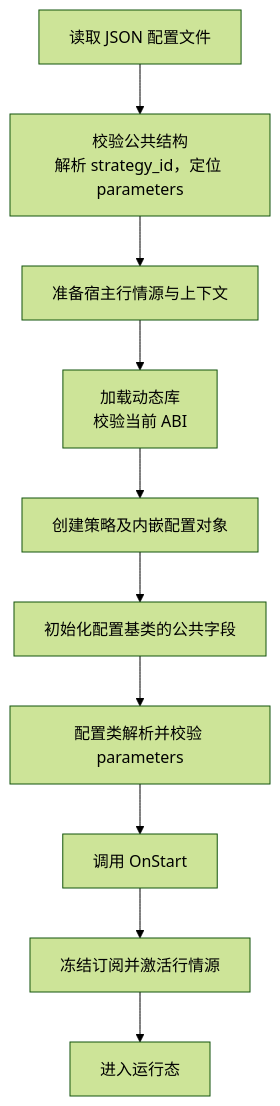
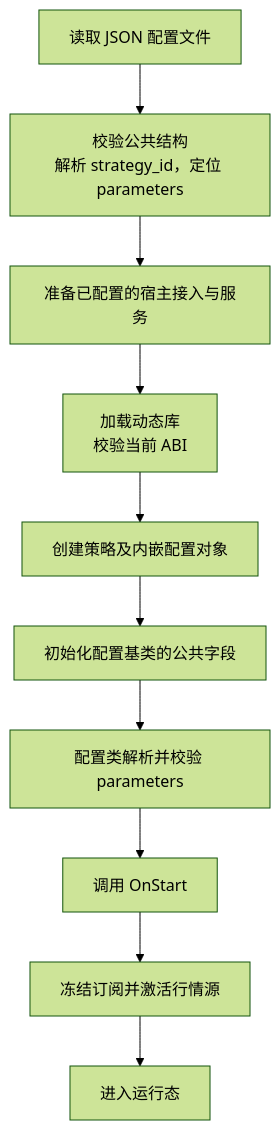
One commit to yizhenfei/yquant changed the diagram in docs/design/strategy-config.md. Above: the diagram before and after it, drawn with Mermaid (forest theme). The commit also changed other lines of this file and 44 other files, not shown here.

````diff
--- a/docs/design/strategy-config.md
+++ b/docs/design/strategy-config.md
@@ -165,23 +165,23 @@
 ```mermaid
 flowchart TD
     FILE["读取 JSON 配置文件"]
     BASE["校验公共结构<br/>解析 strategy_id，定位 parameters"]
-    PREPARE["准备宿主行情源与上下文"]
+    PREPARE["准备已配置的宿主接入与服务"]
     LIBRARY["加载动态库<br/>校验当前 ABI"]
     CREATE["创建策略及内嵌配置对象"]
     INITIALIZE["初始化配置基类的公共字段"]
     PARAMETERS["配置类解析并校验 parameters"]
     START["调用 OnStart"]
     SOURCE["冻结订阅并激活行情源"]
     RUNNING["进入运行态"]
 
     FILE --> BASE
     BASE --> PREPARE
     PREPARE --> LIBRARY
     LIBRARY --> CREATE
     CREATE --> INITIALIZE
     INITIALIZE --> PARAMETERS
     PARAMETERS --> START
     START --> SOURCE
     SOURCE --> RUNNING
 ```
````
